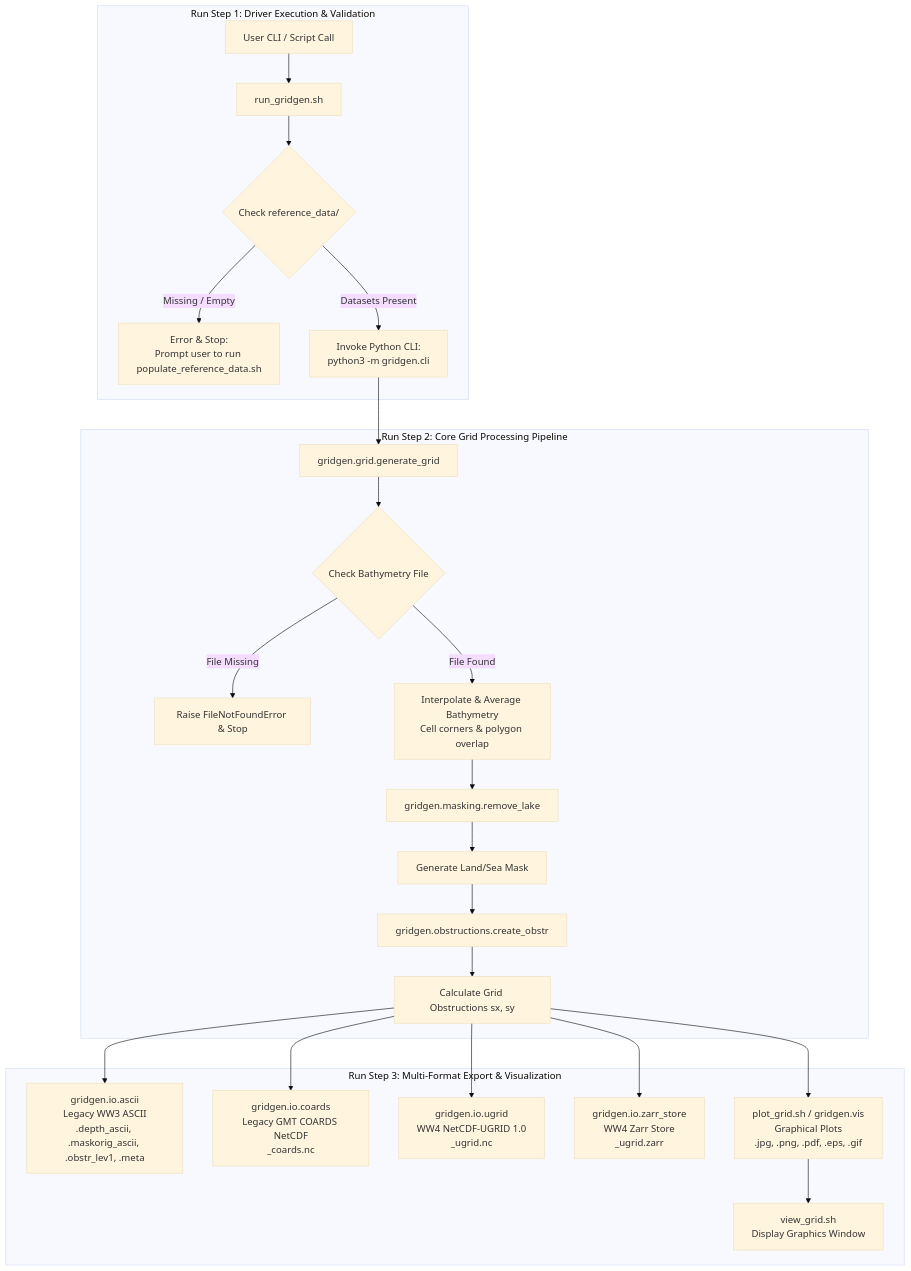
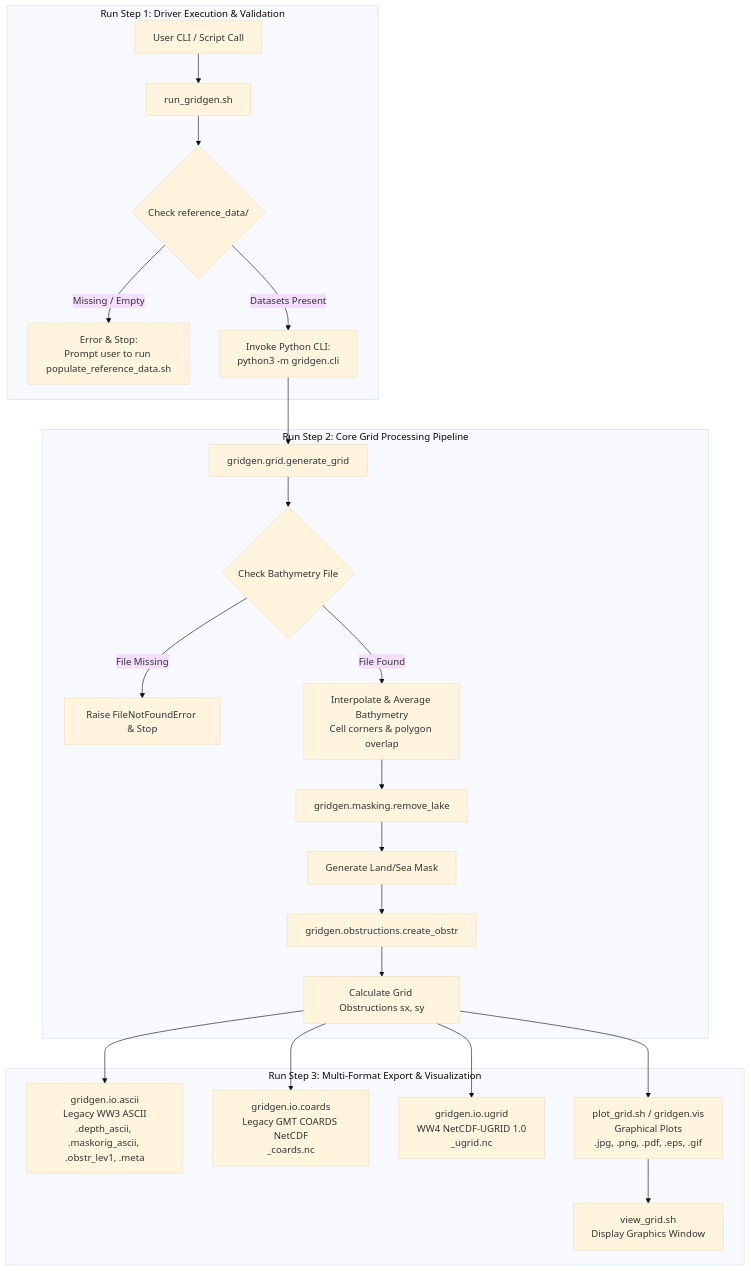
Before and after one commit to HendrikTolman-NOAA/gridgen: the second of 2 diagrams in ARCHITECTURE.md, drawn with Mermaid (base theme). The commit also changed other lines of this file and 27 other files, not shown here.

````diff
--- a/ARCHITECTURE.md
+++ b/ARCHITECTURE.md
@@ -31,31 +44,30 @@
 ```mermaid
 flowchart TD
     subgraph Run Step 1: Driver Execution & Validation
         E[User CLI / Script Call] --> F[run_gridgen.sh]
         F --> G{Check reference_data/}
         G -- Missing / Empty --> H[Error & Stop:<br/>Prompt user to run populate_reference_data.sh]
         G -- Datasets Present --> I[Invoke Python CLI:<br/>python3 -m gridgen.cli]
     end
 
     subgraph Run Step 2: Core Grid Processing Pipeline
         I --> J[gridgen.grid.generate_grid]
         J --> K{Check Bathymetry File}
         K -- File Missing --> L[Raise FileNotFoundError & Stop]
         K -- File Found --> M[Interpolate & Average Bathymetry<br/>Cell corners & polygon overlap]
 
         M --> N[gridgen.masking.remove_lake]
         N --> O[Generate Land/Sea Mask]
 
         O --> P[gridgen.obstructions.create_obstr]
         P --> Q[Calculate Grid Obstructions sx, sy]
     end
 
     subgraph Run Step 3: Multi-Format Export & Visualization
         Q --> R1[gridgen.io.ascii<br/>Legacy WW3 ASCII<br/>.depth_ascii, .maskorig_ascii, .obstr_lev1, .meta]
         Q --> R2[gridgen.io.coards<br/>Legacy GMT COARDS NetCDF<br/>_coards.nc]
         Q --> R3[gridgen.io.ugrid<br/>WW4 NetCDF-UGRID 1.0<br/>_ugrid.nc]
-        Q --> R4[gridgen.io.zarr_store<br/>WW4 Zarr Store<br/>_ugrid.zarr]
-        Q --> R5[plot_grid.sh / gridgen.vis<br/>Graphical Plots<br/>.jpg, .png, .pdf, .eps, .gif]
-        R5 --> R6[view_grid.sh<br/>Display Graphics Window]
+        Q --> R4[plot_grid.sh / gridgen.vis<br/>Graphical Plots<br/>.jpg, .png, .pdf, .eps, .gif]
+        R4 --> R5[view_grid.sh<br/>Display Graphics Window]
     end
 ```
````
